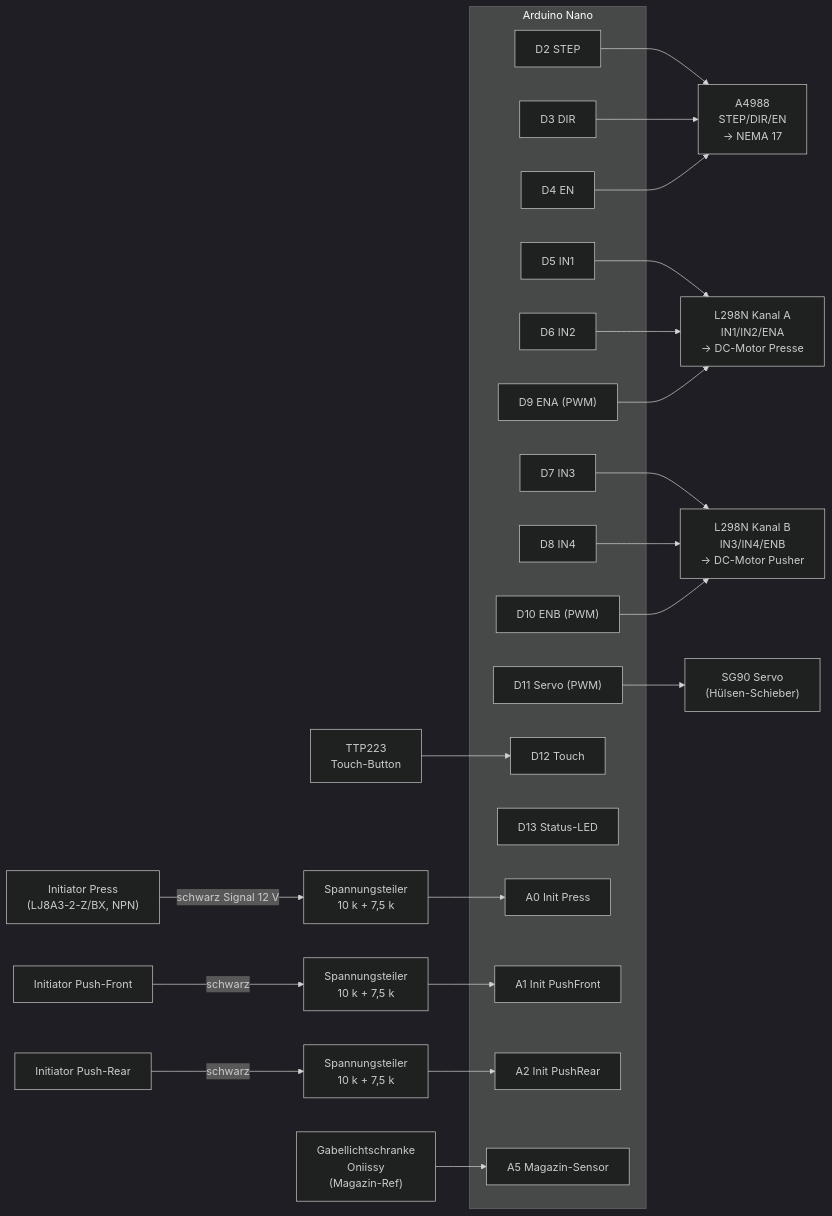
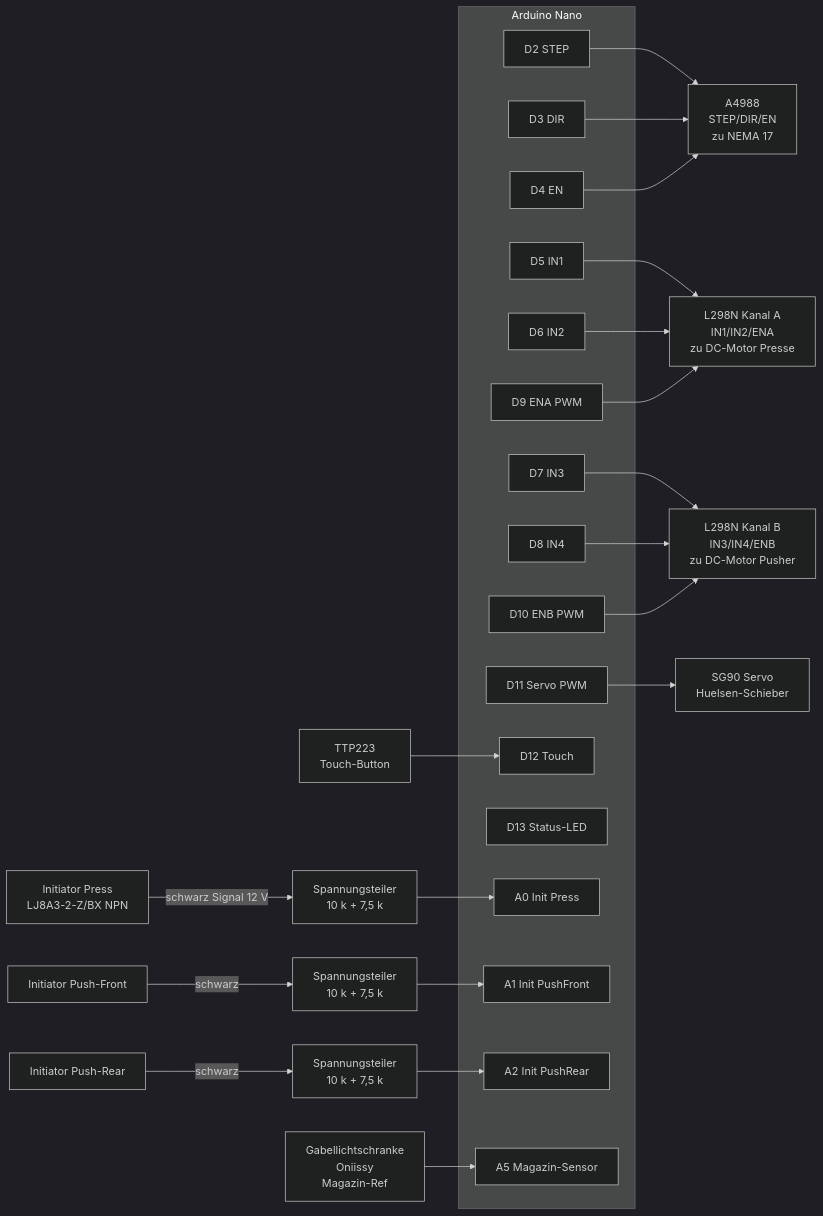
One commit to JohnsonRepo/stopf changed the second of 3 diagrams in docs/wiring.md. Above: the diagram before and after it, drawn with Mermaid (dark theme). The commit also changed other lines of this file, not shown here.

First line of the commit message:
fix(docs): Mermaid-Diagramme GitHub-kompatibel machen

````diff
--- a/docs/wiring.md
+++ b/docs/wiring.md
@@ -102,47 +102,47 @@
 ```mermaid
 flowchart LR
-    subgraph NANO ["Arduino Nano"]
+    subgraph NANO [Arduino Nano]
         D2["D2 STEP"]
         D3["D3 DIR"]
         D4["D4 EN"]
         D5["D5 IN1"]
         D6["D6 IN2"]
         D7["D7 IN3"]
         D8["D8 IN4"]
-        D9["D9 ENA (PWM)"]
-        D10["D10 ENB (PWM)"]
-        D11["D11 Servo (PWM)"]
+        D9["D9 ENA PWM"]
+        D10["D10 ENB PWM"]
+        D11["D11 Servo PWM"]
         D12["D12 Touch"]
         D13["D13 Status-LED"]
         A0["A0 Init Press"]
         A1["A1 Init PushFront"]
         A2["A2 Init PushRear"]
         A5["A5 Magazin-Sensor"]
     end
 
-    D2 --> A4988["A4988<br/>STEP/DIR/EN<br/>→ NEMA 17"]
+    D2 --> A4988["A4988<br/>STEP/DIR/EN<br/>zu NEMA 17"]
     D3 --> A4988
     D4 --> A4988
 
-    D5 --> L298N_A["L298N Kanal A<br/>IN1/IN2/ENA<br/>→ DC-Motor Presse"]
+    D5 --> L298N_A["L298N Kanal A<br/>IN1/IN2/ENA<br/>zu DC-Motor Presse"]
     D6 --> L298N_A
     D9 --> L298N_A
 
-    D7 --> L298N_B["L298N Kanal B<br/>IN3/IN4/ENB<br/>→ DC-Motor Pusher"]
+    D7 --> L298N_B["L298N Kanal B<br/>IN3/IN4/ENB<br/>zu DC-Motor Pusher"]
     D8 --> L298N_B
     D10 --> L298N_B
 
-    D11 --> SERVO["SG90 Servo<br/>(Hülsen-Schieber)"]
+    D11 --> SERVO["SG90 Servo<br/>Huelsen-Schieber"]
 
     TOUCH["TTP223<br/>Touch-Button"] --> D12
 
     DIV1["Spannungsteiler<br/>10 k + 7,5 k"] --> A0
     DIV2["Spannungsteiler<br/>10 k + 7,5 k"] --> A1
     DIV3["Spannungsteiler<br/>10 k + 7,5 k"] --> A2
 
-    INIT_P["Initiator Press<br/>(LJ8A3-2-Z/BX, NPN)"] -->|schwarz Signal 12 V| DIV1
+    INIT_P["Initiator Press<br/>LJ8A3-2-Z/BX NPN"] -->|schwarz Signal 12 V| DIV1
     INIT_PF["Initiator Push-Front"] -->|schwarz| DIV2
     INIT_PR["Initiator Push-Rear"] -->|schwarz| DIV3
 
-    OPTO["Gabellichtschranke<br/>Oniissy<br/>(Magazin-Ref)"] --> A5
+    OPTO["Gabellichtschranke<br/>Oniissy<br/>Magazin-Ref"] --> A5
 ```
````
